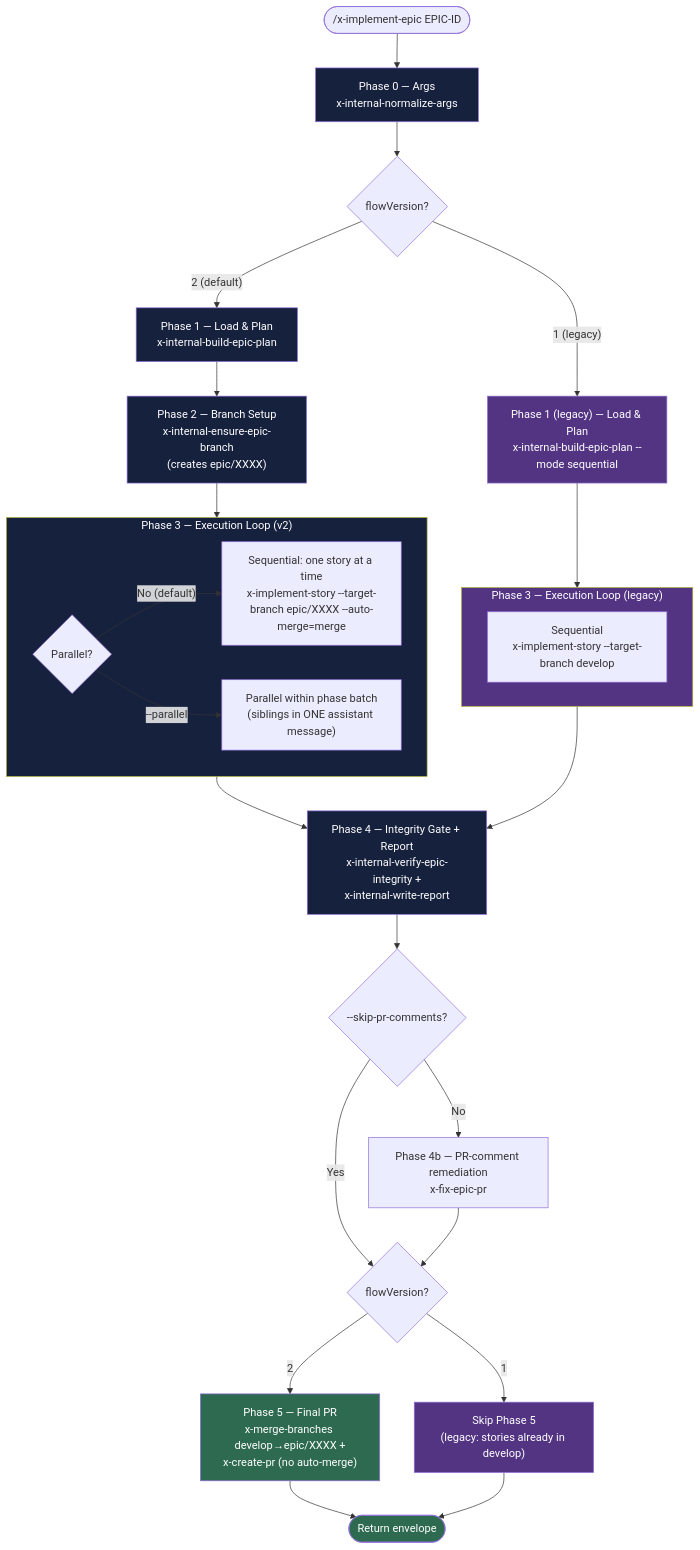
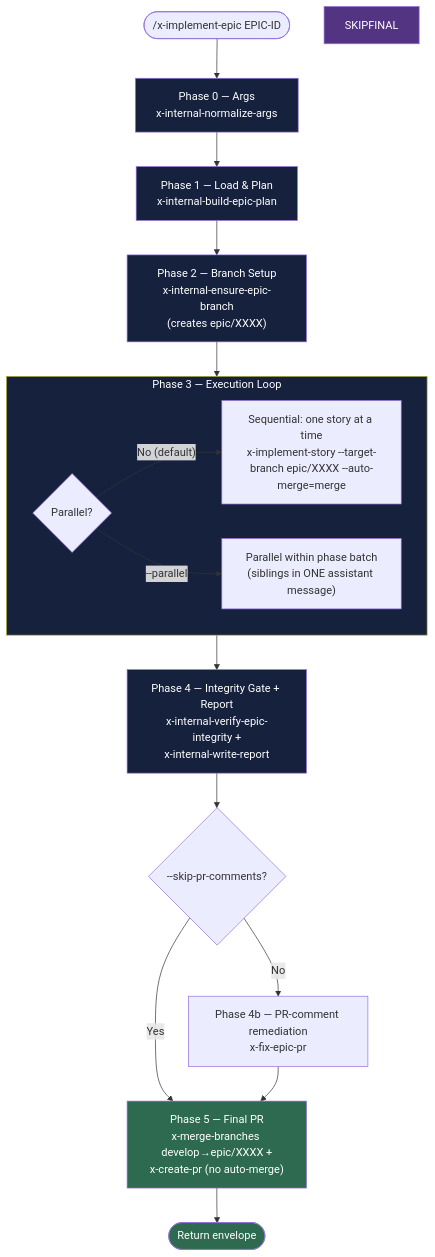
Before and after one commit to review-bench/edercnj_ia-dev-environment: the first of 2 diagrams in src/main/resources/claude/skills/x-implement-epic/README.md, drawn with Mermaid. The commit also changed other lines of this file and 25 other files, not shown here.

First line of the commit message:
refactor: remove all backward-compat and flowVersion from skills/knowledge

````diff
--- a/src/main/resources/claude/skills/x-implement-epic/README.md
+++ b/src/main/resources/claude/skills/x-implement-epic/README.md
@@ -11,47 +11,33 @@
 ```mermaid
 flowchart TD
     START(["/x-implement-epic EPIC-ID"]) --> P0
 
-    P0["Phase 0 — Args<br/>x-internal-normalize-args"] --> FLOW{flowVersion?}
-    FLOW -->|"1 (legacy)"| P1L["Phase 1 (legacy) — Load & Plan<br/>x-internal-build-epic-plan --mode sequential"]
-    FLOW -->|"2 (default)"| P1N["Phase 1 — Load & Plan<br/>x-internal-build-epic-plan"]
+    P0["Phase 0 — Args<br/>x-internal-normalize-args"] --> P1N["Phase 1 — Load & Plan<br/>x-internal-build-epic-plan"]
 
-    P1L --> P3L
     P1N --> P2["Phase 2 — Branch Setup<br/>x-internal-ensure-epic-branch<br/>(creates epic/XXXX)"]
     P2 --> P3N
 
-    subgraph P3N["Phase 3 — Execution Loop (v2)"]
+    subgraph P3N["Phase 3 — Execution Loop"]
         P3N_SEQ{"Parallel?"}
         P3N_SEQ -->|"No (default)"| SEQ["Sequential: one story at a time<br/>x-implement-story --target-branch epic/XXXX --auto-merge=merge"]
         P3N_SEQ -->|"--parallel"| PAR["Parallel within phase batch<br/>(siblings in ONE assistant message)"]
     end
 
-    subgraph P3L["Phase 3 — Execution Loop (legacy)"]
-        P3L_SEQ["Sequential<br/>x-implement-story --target-branch develop"]
-    end
-
     P3N --> P4["Phase 4 — Integrity Gate + Report<br/>x-internal-verify-epic-integrity +<br/>x-internal-write-report"]
-    P3L --> P4
 
     P4 --> P4B{"--skip-pr-comments?"}
     P4B -->|"No"| P4C["Phase 4b — PR-comment remediation<br/>x-fix-epic-pr"]
-    P4B -->|"Yes"| FLOW2{"flowVersion?"}
-    P4C --> FLOW2
-
-    FLOW2 -->|"2"| P5N["Phase 5 — Final PR<br/>x-merge-branches develop→epic/XXXX +<br/>x-create-pr (no auto-merge)"]
-    FLOW2 -->|"1"| SKIPFINAL["Skip Phase 5<br/>(legacy: stories already in develop)"]
+    P4B -->|"Yes"| P5N
+    P4C --> P5N["Phase 5 — Final PR<br/>x-merge-branches develop→epic/XXXX +<br/>x-create-pr (no auto-merge)"]
 
     P5N --> DONE(["Return envelope"])
-    SKIPFINAL --> DONE
 
     style P0 fill:#16213e,color:#fff
     style P1N fill:#16213e,color:#fff
     style P2 fill:#16213e,color:#fff
     style P3N fill:#16213e,color:#fff
     style P4 fill:#16213e,color:#fff
     style P5N fill:#2d6a4f,color:#fff
-    style P1L fill:#533483,color:#fff
-    style P3L fill:#533483,color:#fff
     style SKIPFINAL fill:#533483,color:#fff
     style DONE fill:#2d6a4f,color:#fff
 ```
````
